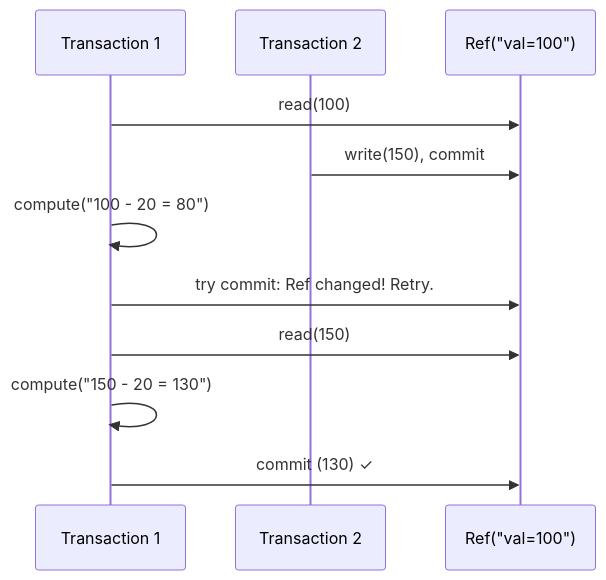
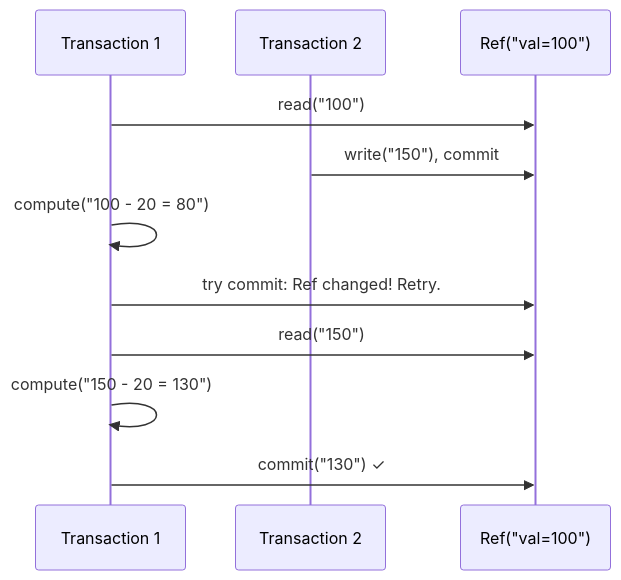
Before and after one commit to pploc/swe-icon-the-moment: the diagram in content/questions/fundamentals/software-transactional-memory.md, drawn with Mermaid. The commit also changed 138 other files, not shown here.

````diff
--- a/content/questions/fundamentals/software-transactional-memory.md
+++ b/content/questions/fundamentals/software-transactional-memory.md
@@ -39,14 +39,15 @@
 ```mermaid
 sequenceDiagram
     participant T1 as Transaction 1
     participant T2 as Transaction 2
     participant Ref as Ref("val=100")
-    T1->>Ref: read(100)
-    T2->>Ref: write(150), commit
+    T1->>Ref: read("100")
+    T2->>Ref: write("150"), commit
     T1->>T1: compute("100 - 20 = 80")
     T1->>Ref: try commit: Ref changed! Retry.
-    T1->>Ref: read(150)
+    T1->>Ref: read("150")
     T1->>T1: compute("150 - 20 = 130")
-    T1->>Ref: commit (130) ✓
+    T1->>Ref: commit("130") ✓
+
 
 ```
````
